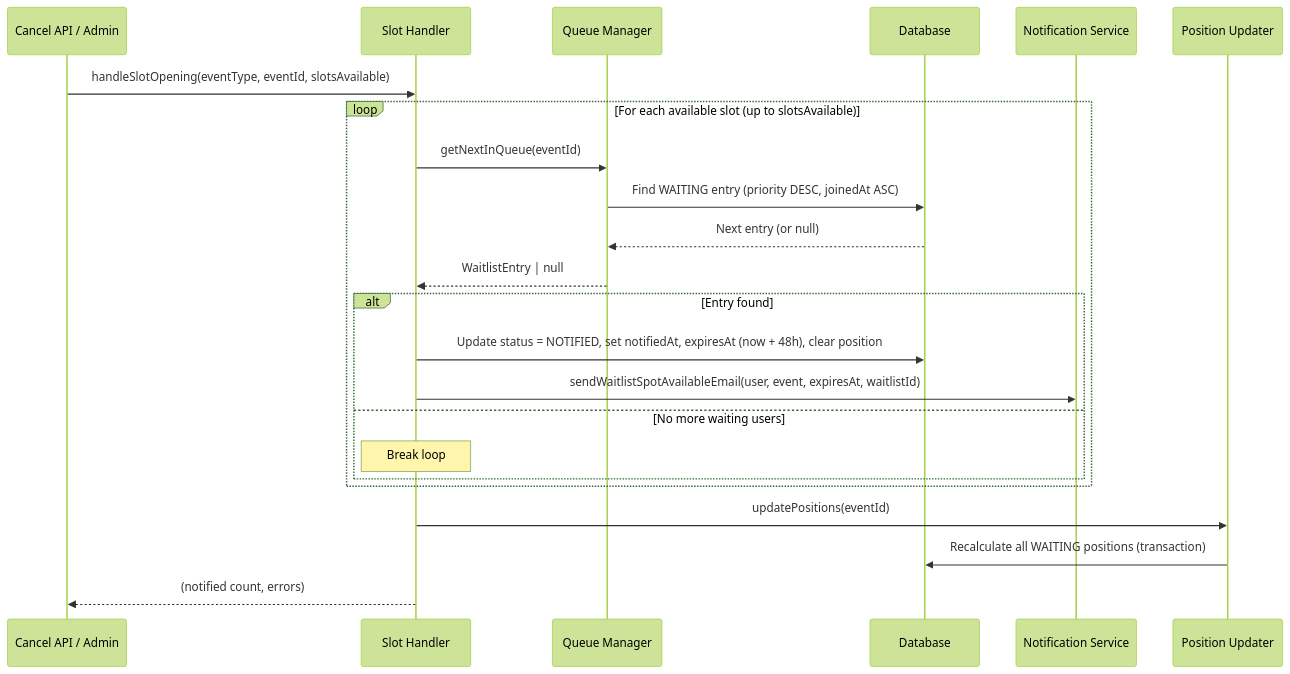
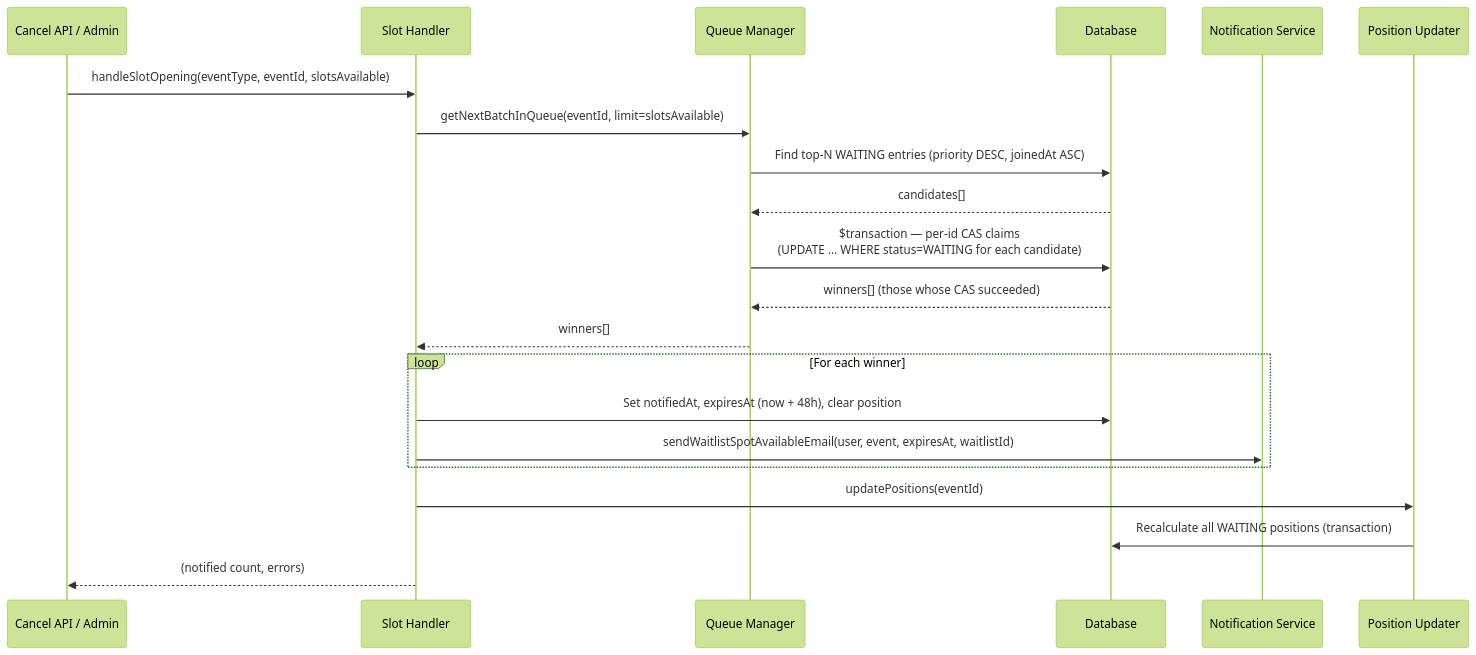
Before and after one commit to Practitionist/familiarise_web: the third of 3 diagrams in docs/booking/11-waitlist-system.md, drawn with Mermaid (forest theme). The commit also changed other lines of this file and 56 other files, not shown here.

````diff
--- a/docs/booking/11-waitlist-system.md
+++ b/docs/booking/11-waitlist-system.md
@@ -187,26 +187,24 @@
 ```mermaid
 sequenceDiagram
     participant Trigger as Cancel API / Admin
     participant SH as Slot Handler
     participant QM as Queue Manager
     participant DB as Database
     participant Email as Notification Service
     participant UP as Position Updater
 
     Trigger->>SH: handleSlotOpening(eventType, eventId, slotsAvailable)
-    loop For each available slot (up to slotsAvailable)
-        SH->>QM: getNextInQueue(eventId)
-        QM->>DB: Find WAITING entry (priority DESC, joinedAt ASC)
-        DB-->>QM: Next entry (or null)
-        QM-->>SH: WaitlistEntry | null
-        alt Entry found
-            SH->>DB: Update status = NOTIFIED, set notifiedAt, expiresAt (now + 48h), clear position
-            SH->>Email: sendWaitlistSpotAvailableEmail(user, event, expiresAt, waitlistId)
-        else No more waiting users
-            Note over SH: Break loop
-        end
+    SH->>QM: getNextBatchInQueue(eventId, limit=slotsAvailable)
+    QM->>DB: Find top-N WAITING entries (priority DESC, joinedAt ASC)
+    DB-->>QM: candidates[]
+    QM->>DB: $transaction — per-id CAS claims<br/>(UPDATE ... WHERE status=WAITING for each candidate)
+    DB-->>QM: winners[] (those whose CAS succeeded)
+    QM-->>SH: winners[]
+    loop For each winner
+        SH->>DB: Set notifiedAt, expiresAt (now + 48h), clear position
+        SH->>Email: sendWaitlistSpotAvailableEmail(user, event, expiresAt, waitlistId)
     end
     SH->>UP: updatePositions(eventId)
     UP->>DB: Recalculate all WAITING positions (transaction)
     SH-->>Trigger: (notified count, errors)
 ```
````
